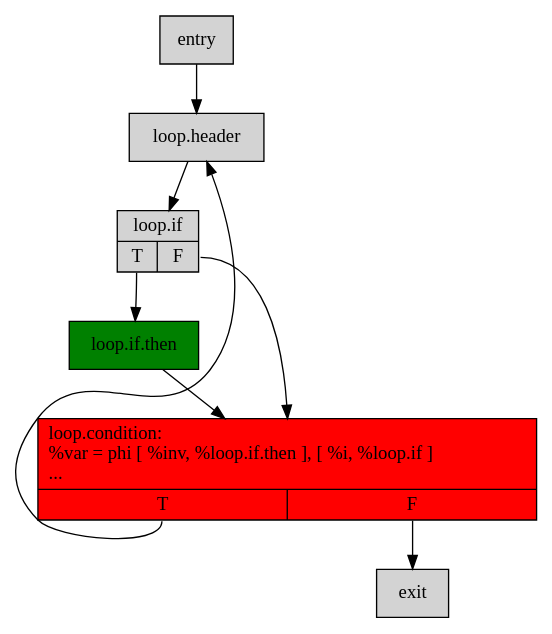
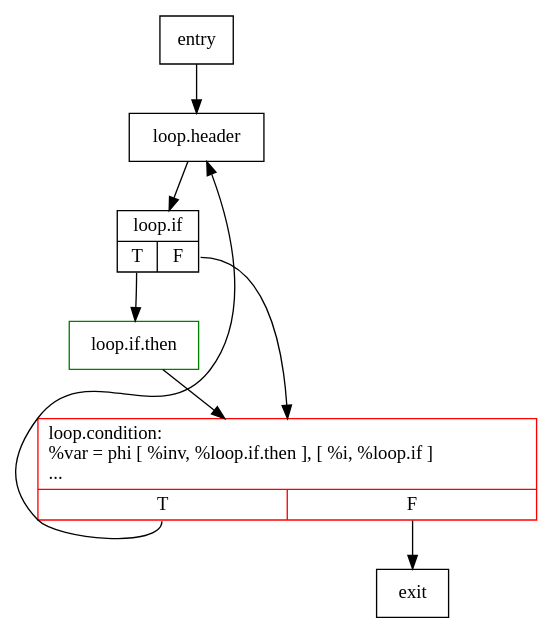
Before and after one commit to Karapus/bachelor-thesis: the diagram in dot/cfg_phi.dot, drawn with Graphviz. The commit also changed 7 other files, not shown here.

```diff
--- a/dot/cfg_phi.dot
+++ b/dot/cfg_phi.dot
@@ -1,20 +1,20 @@
 digraph "Counterexample CFG" {
 
-    node [shape=record, style=filled]
+    node [shape=record]
 	entry;
     loop_header[label="{loop.header}"];
     loop_if[label="{loop.if|{<s0>T|<s1>F}}"];
-    loop_if_then[fillcolor=green, label="{loop.if.then}"];
-    loop_condition[fillcolor=red,label="{
+    loop_if_then[color=green, label="{loop.if.then}"];
+    loop_condition[color=red,label="{
         loop.condition:\l
         %var = phi [ %inv, %loop.if.then ], [ %i, %loop.if ]\l
         ...\l
         |{<s0>T|<s1>F}
     }"];
     exit;
     entry->loop_header->loop_if;
     loop_if:s0->loop_if_then->loop_condition;
     loop_if:s1->loop_condition;
     loop_condition:s0->loop_header;
     loop_condition:s1->exit;
 }
```
